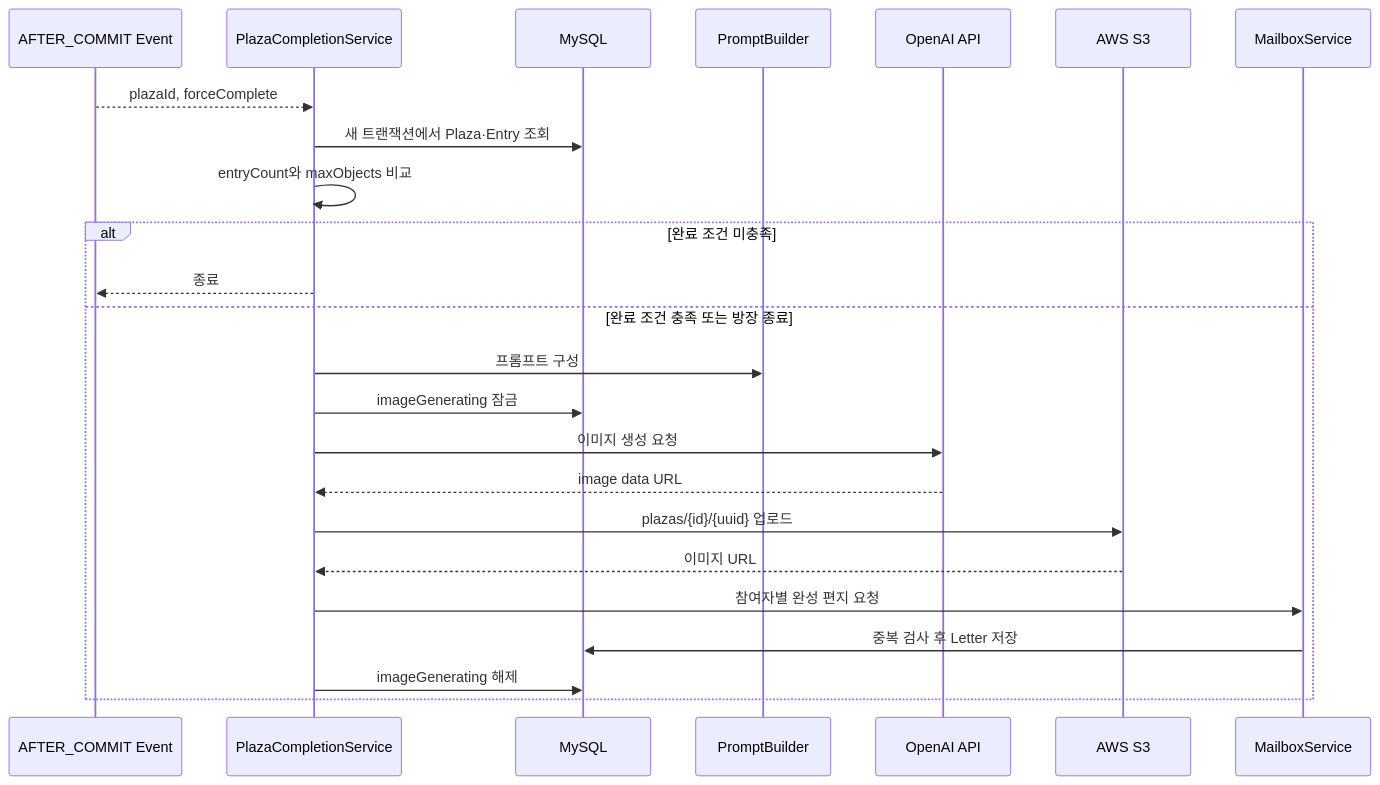
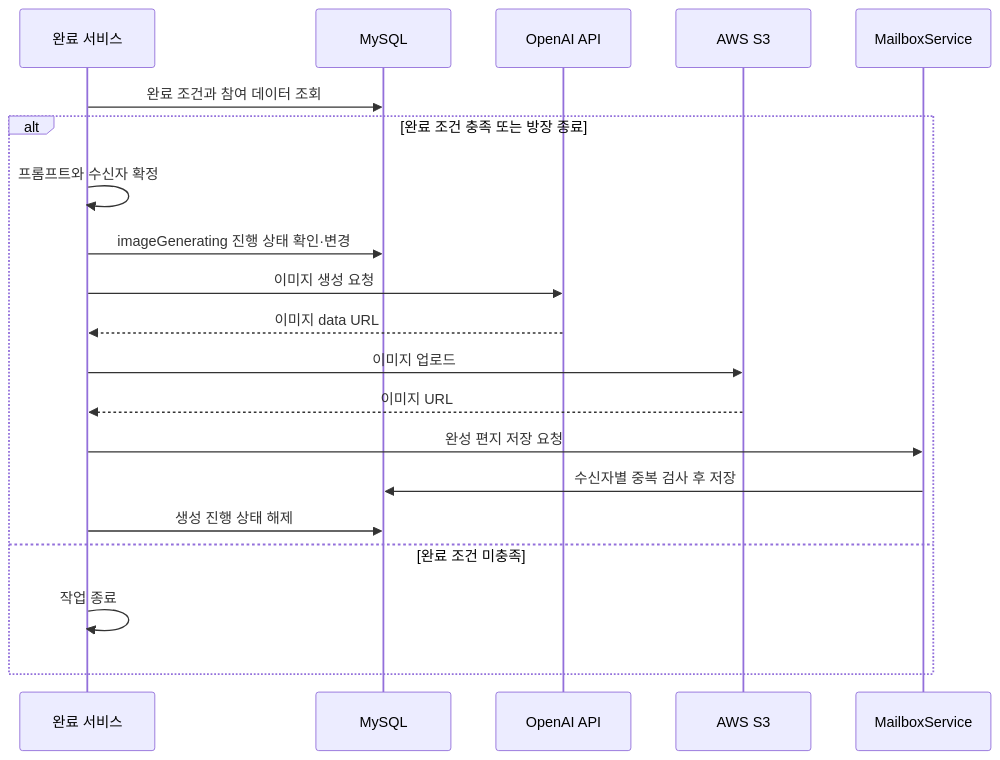
Before and after one commit to junyeong2107/weather-of-the-heart-portfolio: the sixth of 9 diagrams in docs/ARCHITECTURE.md, drawn with Mermaid. The commit also changed other lines of this file and 5 other files, not shown here.

````diff
--- a/docs/ARCHITECTURE.md
+++ b/docs/ARCHITECTURE.md
@@ -197,27 +195,22 @@
 ```mermaid
 sequenceDiagram
-    participant Event as AFTER_COMMIT Event
-    participant PCS as PlazaCompletionService
+    participant PCS as 완료 서비스
     participant DB as MySQL
-    participant PB as PromptBuilder
     participant AI as OpenAI API
     participant S3 as AWS S3
     participant MB as MailboxService
-
-    Event-->>PCS: plazaId, forceComplete
-    PCS->>DB: 새 트랜잭션에서 Plaza·Entry 조회
-    PCS->>PCS: entryCount와 maxObjects 비교
-    alt 완료 조건 미충족
-        PCS-->>Event: 종료
-    else 완료 조건 충족 또는 방장 종료
-        PCS->>PB: 프롬프트 구성
-        PCS->>DB: imageGenerating 잠금
+    PCS->>DB: 완료 조건과 참여 데이터 조회
+    alt 완료 조건 충족 또는 방장 종료
+        PCS->>PCS: 프롬프트와 수신자 확정
+        PCS->>DB: imageGenerating 진행 상태 확인·변경
         PCS->>AI: 이미지 생성 요청
-        AI-->>PCS: image data URL
-        PCS->>S3: plazas/{id}/{uuid} 업로드
+        AI-->>PCS: 이미지 data URL
+        PCS->>S3: 이미지 업로드
         S3-->>PCS: 이미지 URL
-        PCS->>MB: 참여자별 완성 편지 요청
-        MB->>DB: 중복 검사 후 Letter 저장
-        PCS->>DB: imageGenerating 해제
+        PCS->>MB: 완성 편지 저장 요청
+        MB->>DB: 수신자별 중복 검사 후 저장
+        PCS->>DB: 생성 진행 상태 해제
+    else 완료 조건 미충족
+        PCS->>PCS: 작업 종료
     end
 ```
````
